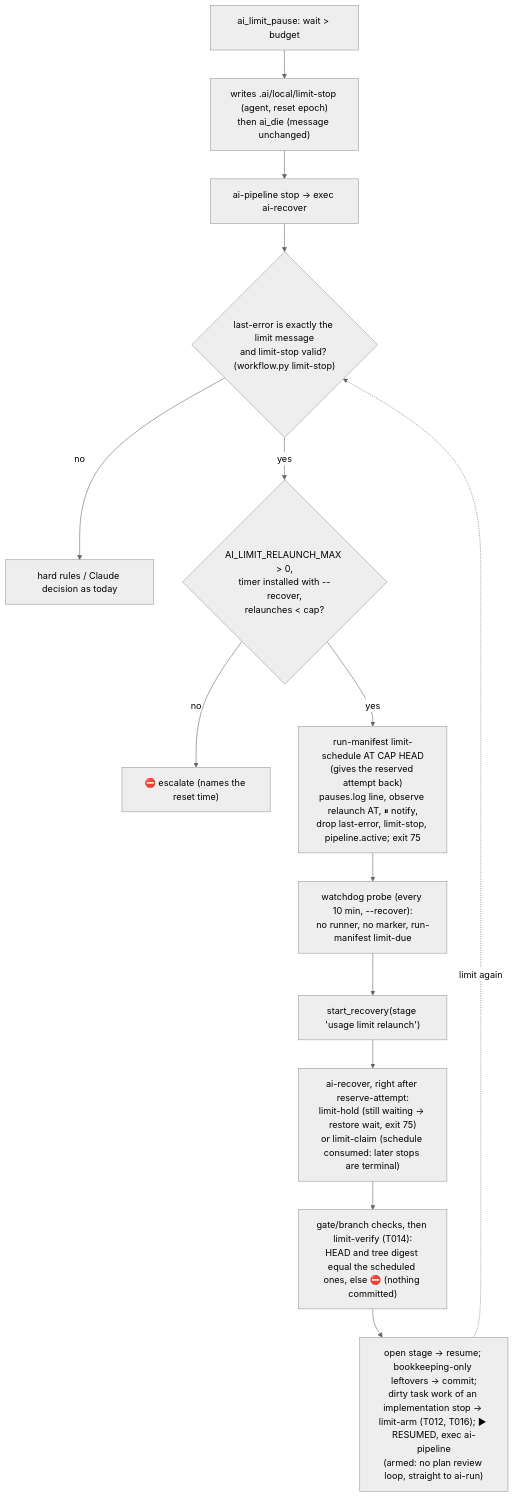
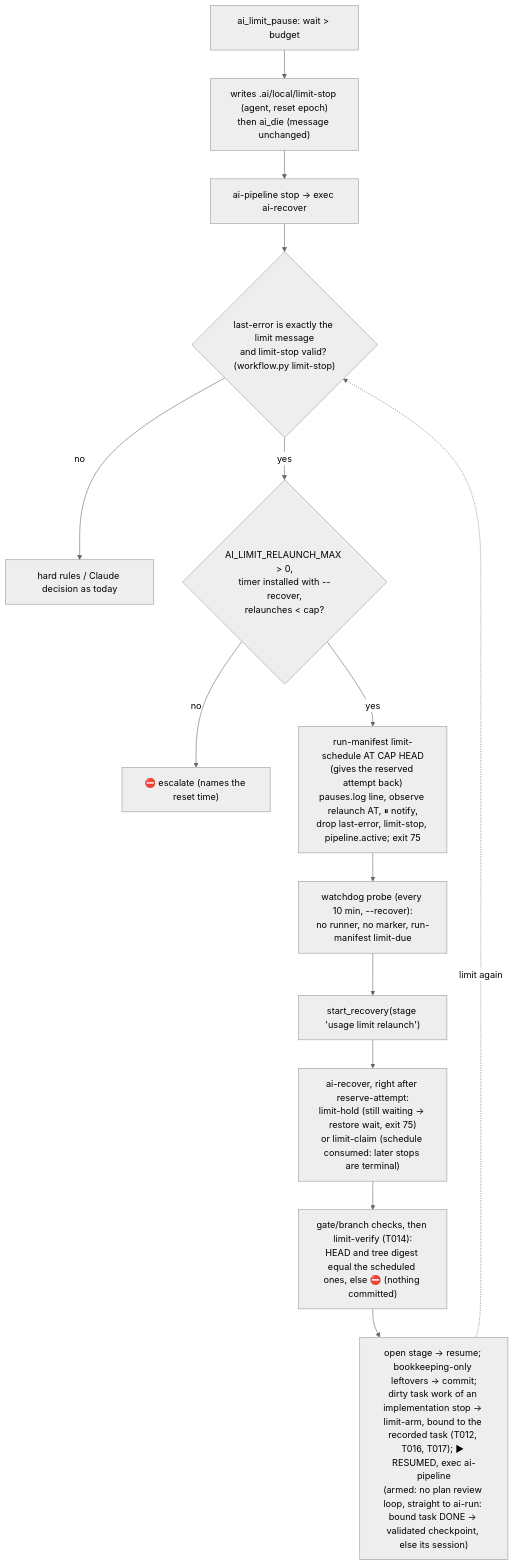
Before and after one commit to Muf454/agents: the diagram in .ai/current-plan.md, drawn with Mermaid (neutral theme). The commit also changed other lines of this file and 6 other files, not shown here.

````diff
--- a/.ai/current-plan.md
+++ b/.ai/current-plan.md
@@ -13,16 +13,16 @@
 ```mermaid
 flowchart TD
   pause["ai_limit_pause: wait > budget"] --> rec["writes .ai/local/limit-stop (agent, reset epoch)<br/>then ai_die (message unchanged)"]
   rec --> stop["ai-pipeline stop → exec ai-recover"]
   stop --> only{"last-error is exactly the limit message<br/>and limit-stop valid? (workflow.py limit-stop)"}
   only -- no --> rules["hard rules / Claude decision as today"]
   only -- yes --> cap{"AI_LIMIT_RELAUNCH_MAX > 0,<br/>timer installed with --recover,<br/>relaunches < cap?"}
   cap -- no --> esc["⛔ escalate (names the reset time)"]
   cap -- yes --> sched["run-manifest limit-schedule AT CAP HEAD<br/>(gives the reserved attempt back)<br/>pauses.log line, observe relaunch AT, ⏸ notify,<br/>drop last-error, limit-stop, pipeline.active; exit 75"]
   sched --> probe["watchdog probe (every 10 min, --recover):<br/>no runner, no marker, run-manifest limit-due"]
   probe --> launch["start_recovery(stage 'usage limit relaunch')"]
   launch --> claim["ai-recover, right after reserve-attempt:<br/>limit-hold (still waiting → restore wait, exit 75)<br/>or limit-claim (schedule consumed: later stops are terminal)"]
   claim --> verify["gate/branch checks, then limit-verify (T014):<br/>HEAD and tree digest equal the scheduled ones, else ⛔ (nothing committed)"]
-  verify --> due["open stage → resume; bookkeeping-only leftovers → commit;<br/>dirty task work of an implementation stop → limit-arm (T012, T016); ▶ RESUMED, exec ai-pipeline<br/>(armed: no plan review loop, straight to ai-run)"]
+  verify --> due["open stage → resume; bookkeeping-only leftovers → commit;<br/>dirty task work of an implementation stop → limit-arm, bound to the recorded task (T012, T016, T017); ▶ RESUMED, exec ai-pipeline<br/>(armed: no plan review loop, straight to ai-run: bound task DONE → validated checkpoint, else its session)"]
   due -. "limit again" .-> only
 ```
````
